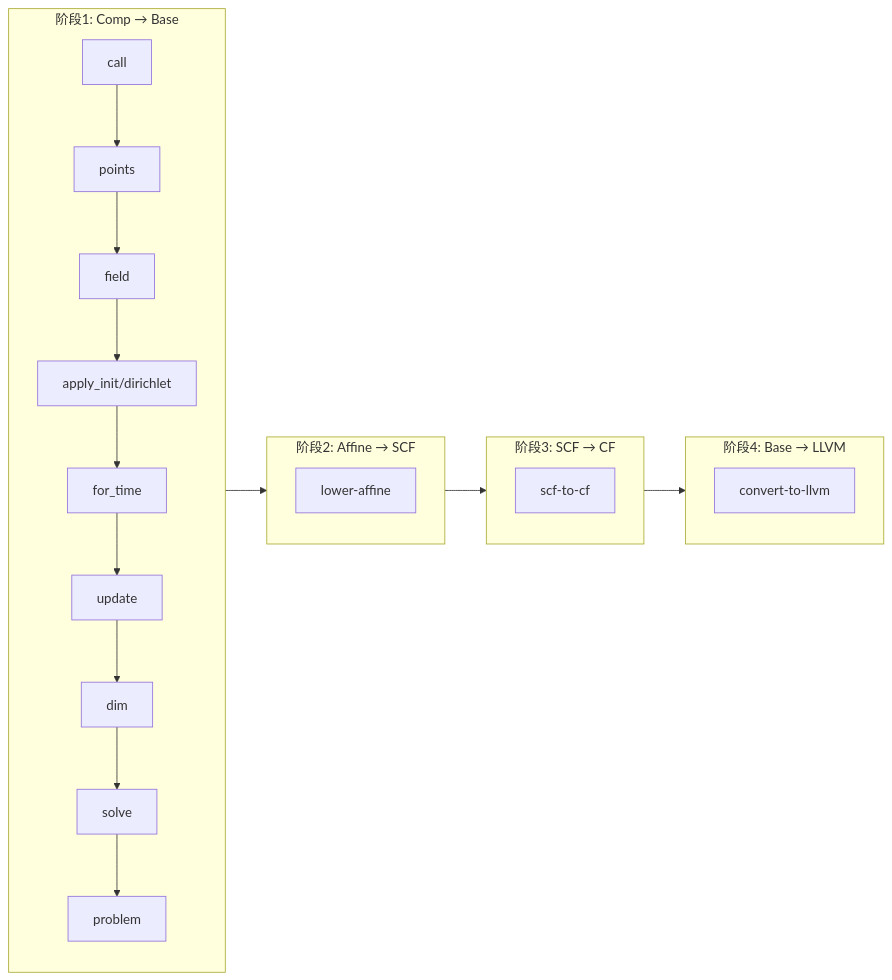
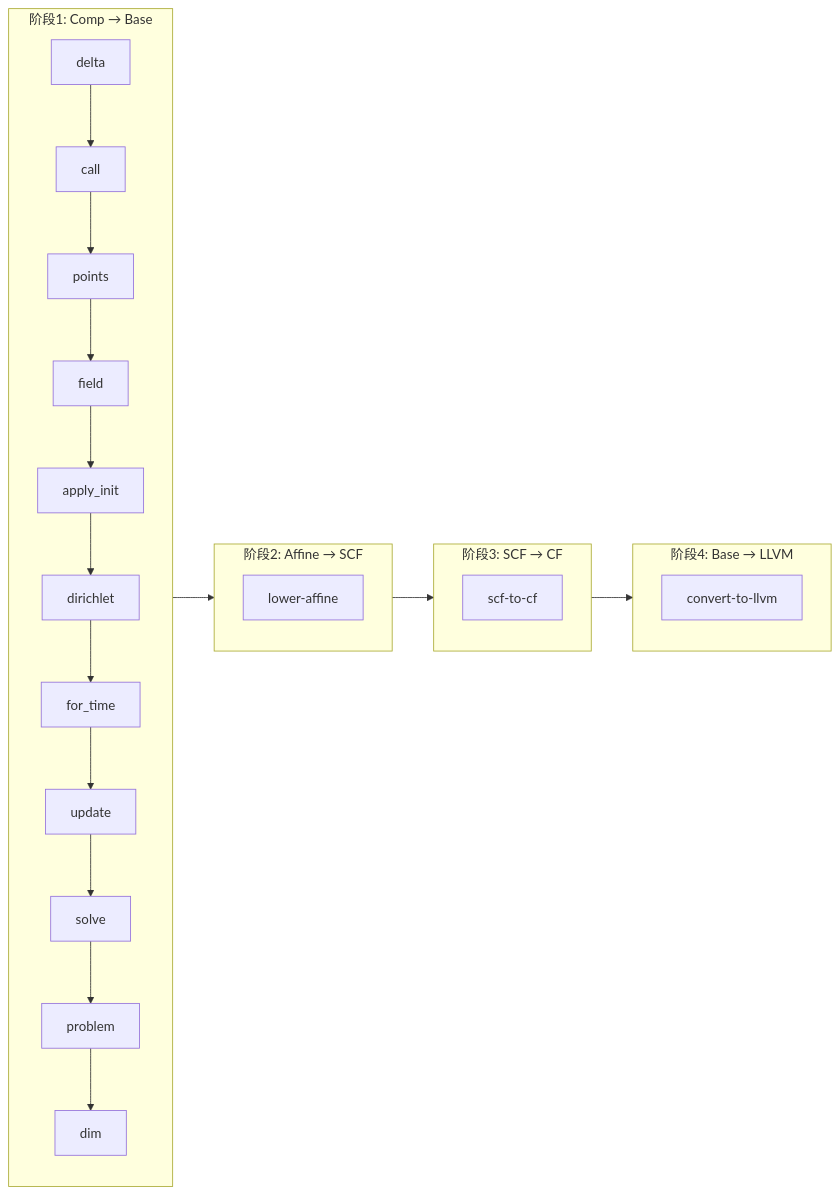
The third of 3 diagrams in docs/Midend.md (tz3528/EzComp), drawn with Mermaid before and after one commit. The commit also changed other lines of this file, not shown here.

Commit message:
fix:Midend文档中添加了Delta操作的描述，同时修正了降级流程的示意图

````diff
--- a/docs/Midend.md
+++ b/docs/Midend.md
@@ -320,24 +341,24 @@
 ```mermaid
 flowchart LR
     subgraph S1["阶段1: Comp → Base"]
         direction TB
-        A1[call] --> A2[points] --> A3[field]
-        A3 --> A4[apply_init/dirichlet]
-        A4 --> A5[for_time] --> A6[update]
-        A6 --> A7[dim] --> A8[solve] --> A9[problem]
+        A0[delta] --> A1[call] --> A2[points] --> A3[field]
+        A3 --> A4[apply_init] --> A5[dirichlet]
+        A5 --> A6[for_time] --> A7[update]
+        A7 --> A8[solve] --> A9[problem] --> A10[dim]
     end
 
     subgraph S2["阶段2: Affine → SCF"]
         B1[lower-affine]
     end
 
     subgraph S3["阶段3: SCF → CF"]
         C1[scf-to-cf]
     end
 
     subgraph S4["阶段4: Base → LLVM"]
         D1[convert-to-llvm]
     end
 
     S1 --> S2 --> S3 --> S4
 ```
````
